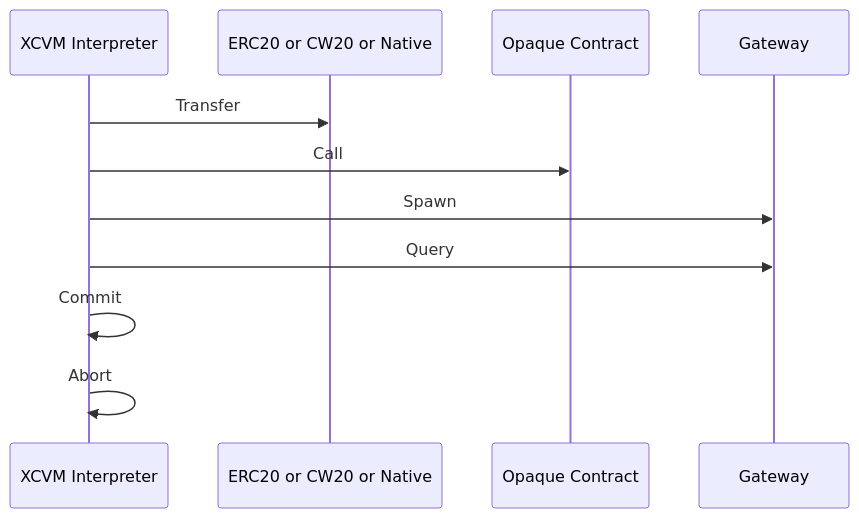
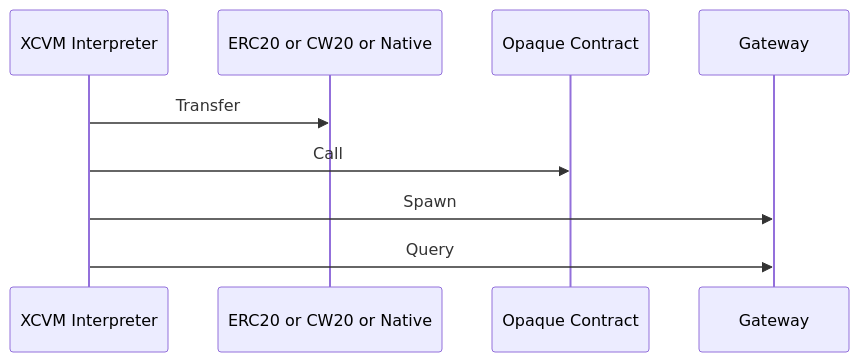
The second of 3 diagrams in xcvm/SPEC.md (ComposableFi/composable), drawn with Mermaid before and after one commit.

Commit message:
Add HeaderData to Query definition

````diff
--- a/xcvm/SPEC.md
+++ b/xcvm/SPEC.md
@@ -218,9 +218,7 @@
 ```mermaid
 sequenceDiagram
     XCVM Interpreter->>ERC20 or CW20 or Native: Transfer
     XCVM Interpreter->>Opaque Contract: Call
     XCVM Interpreter->>Gateway: Spawn
     XCVM Interpreter->>Gateway: Query
-    XCVM Interpreter->>XCVM Interpreter: Commit
-    XCVM Interpreter->>XCVM Interpreter: Abort
 ```
````
